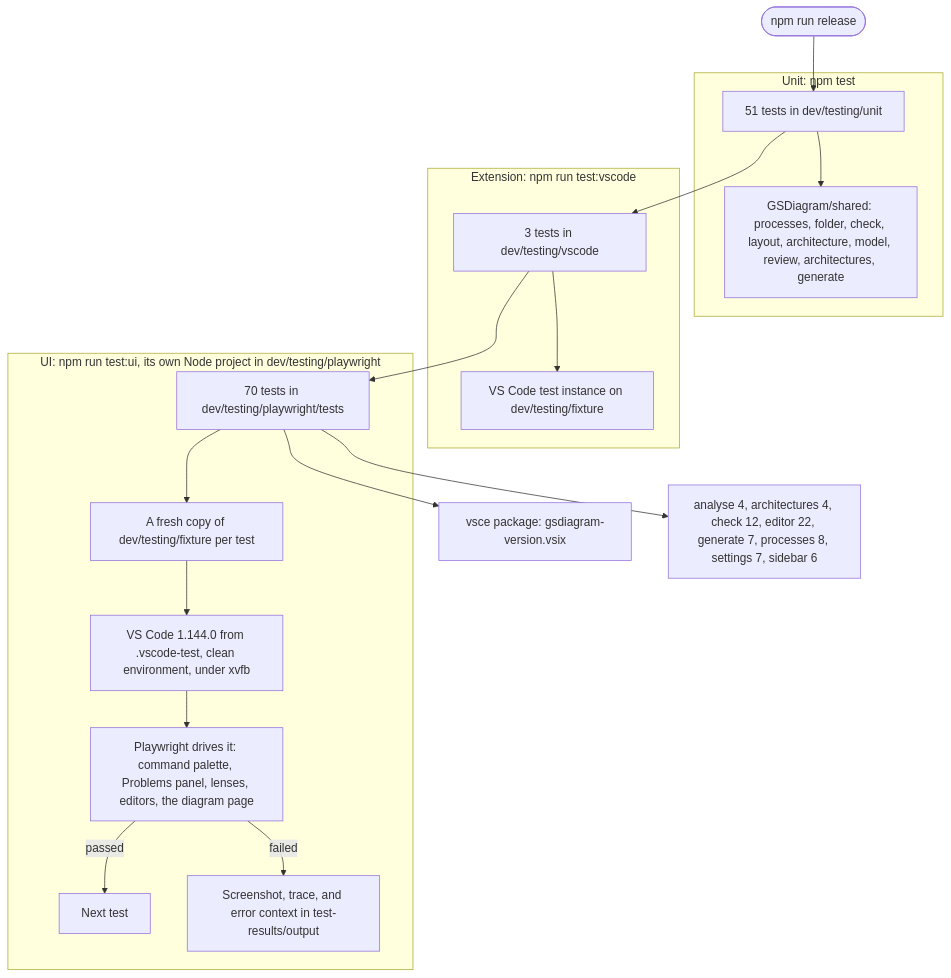
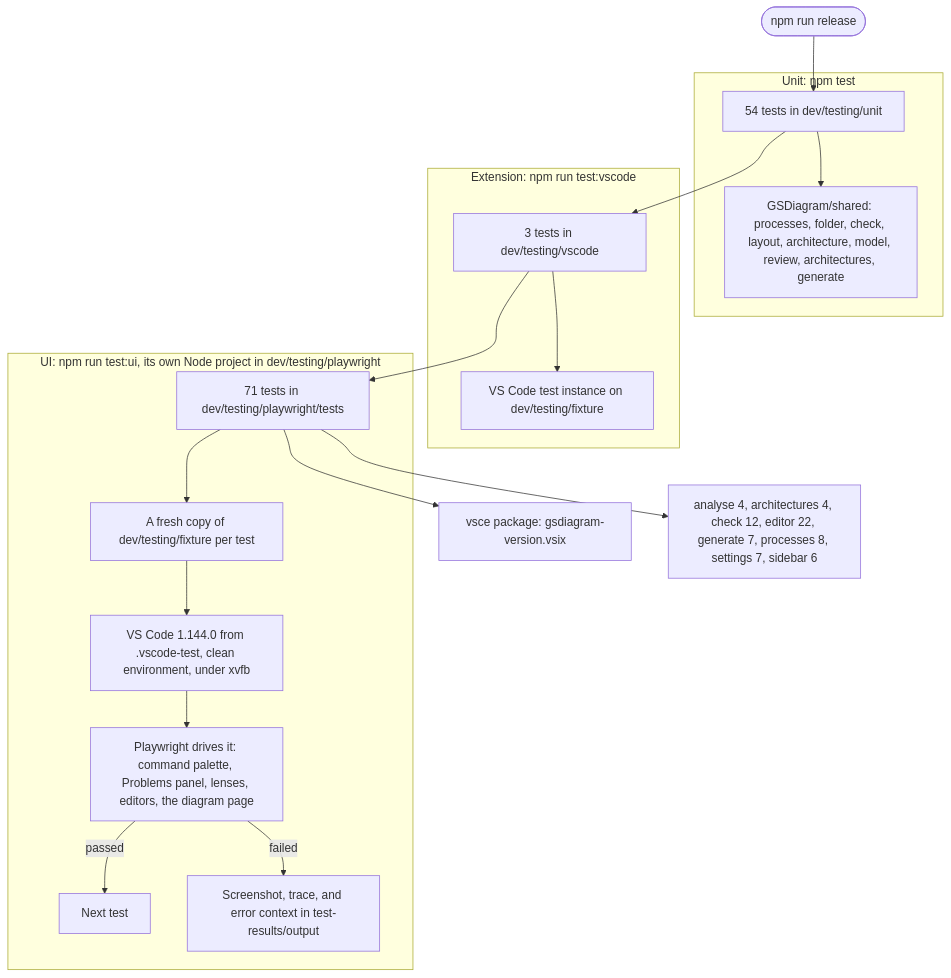
Before and after one commit to carltham/GSDiagram: the diagram in dev/testing/tests.mmd, drawn with Mermaid. The commit also changed 15 other files, not shown here.

```diff
--- a/dev/testing/tests.mmd
+++ b/dev/testing/tests.mmd
@@ -1,24 +1,24 @@
 %% How GSDiagram is tested: the three suites, what each runs against, and what npm run release does with them.
 flowchart TD
     release([npm run release]) --> unit
     unit --> ext
     ext --> ui
     ui --> package[vsce package: gsdiagram-version.vsix]
 
     subgraph unitSuite [Unit: npm test]
-        unit[51 tests in dev/testing/unit] --> shared[GSDiagram/shared: processes, folder, check, layout, architecture, model, review, architectures, generate]
+        unit[54 tests in dev/testing/unit] --> shared[GSDiagram/shared: processes, folder, check, layout, architecture, model, review, architectures, generate]
     end
 
     subgraph extSuite [Extension: npm run test:vscode]
         ext[3 tests in dev/testing/vscode] --> testVsCode[VS Code test instance on dev/testing/fixture]
     end
 
     subgraph uiSuite [UI: npm run test:ui, its own Node project in dev/testing/playwright]
-        ui[70 tests in dev/testing/playwright/tests] --> fresh[A fresh copy of dev/testing/fixture per test]
+        ui[71 tests in dev/testing/playwright/tests] --> fresh[A fresh copy of dev/testing/fixture per test]
         fresh --> start[VS Code 1.144.0 from .vscode-test, clean environment, under xvfb]
         start --> drive[Playwright drives it: command palette, Problems panel, lenses, editors, the diagram page]
         drive -->|passed| next[Next test]
         drive -->|failed| evidence[Screenshot, trace, and error context in test-results/output]
     end
 
     ui --> specs[analyse 4, architectures 4, check 12, editor 22, generate 7, processes 8, settings 7, sidebar 6]
```
